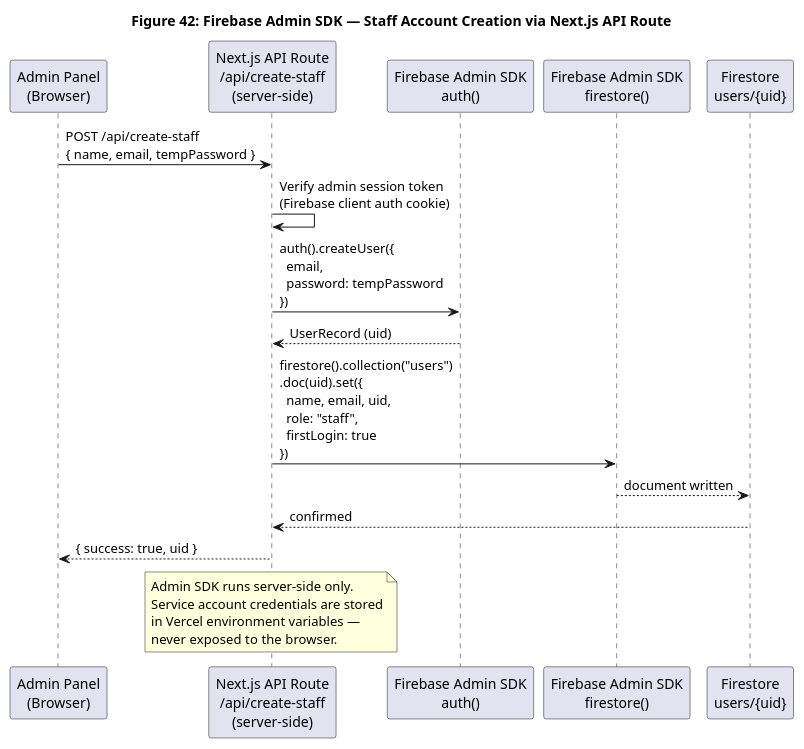
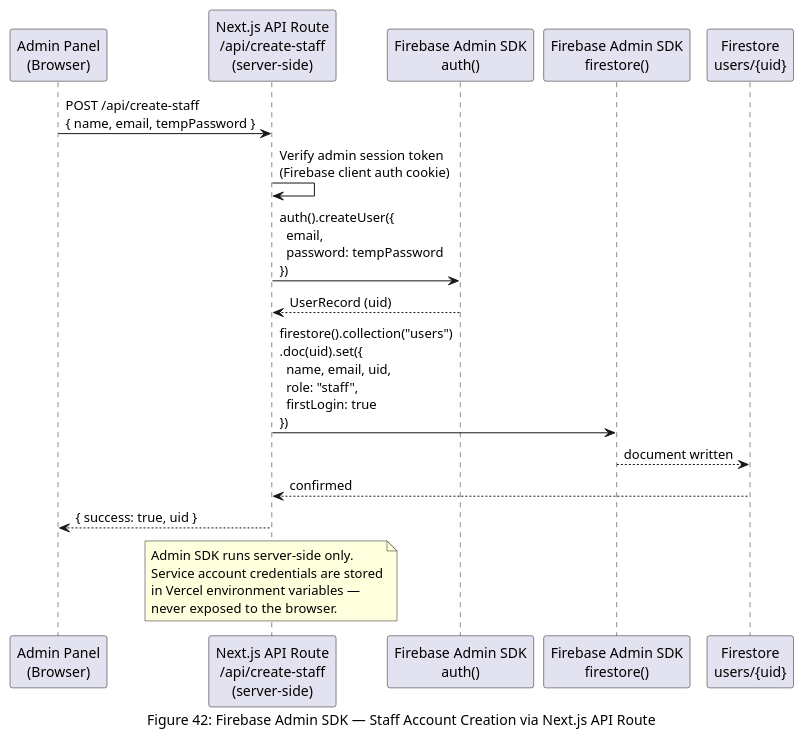
One commit to Musyonchez/beni-2 changed diagram 12 of 12 in pdf-source/figures/ch-6.md. Above: the diagram before and after it, drawn with PlantUML. The commit also changed other lines of this file and 30 other files, not shown here.

First line of the commit message:
chore: update figures, add generated PNGs, fix figure follow-up paragraphs

````diff
--- a/pdf-source/figures/ch-6.md
+++ b/pdf-source/figures/ch-6.md
@@ -472,28 +472,28 @@
 ```plantuml
 @startuml Figure42_AdminSDKStaffCreation
 skinparam backgroundColor white
 skinparam defaultFontName Arial
-title Figure 42: Firebase Admin SDK — Staff Account Creation via Next.js API Route
+caption Figure 42: Firebase Admin SDK — Staff Account Creation via Next.js API Route
 
 participant "Admin Panel\n(Browser)" as BROWSER
 participant "Next.js API Route\n/api/create-staff\n(server-side)" as API
 participant "Firebase Admin SDK\nauth()" as ADMIN_AUTH
 participant "Firebase Admin SDK\nfirestore()" as ADMIN_FS
 participant "Firestore\nusers/{uid}" as FS
 
 BROWSER -> API : POST /api/create-staff\n{ name, email, tempPassword }
 API -> API : Verify admin session token\n(Firebase client auth cookie)
 API -> ADMIN_AUTH : auth().createUser({\n  email,\n  password: tempPassword\n})
 ADMIN_AUTH --> API : UserRecord (uid)
 API -> ADMIN_FS : firestore().collection("users")\n.doc(uid).set({\n  name, email, uid,\n  role: "staff",\n  firstLogin: true\n})
 ADMIN_FS --> FS : document written
 FS --> API : confirmed
 API --> BROWSER : { success: true, uid }
 note over API
   Admin SDK runs server-side only.
   Service account credentials are stored
   in Vercel environment variables —
   never exposed to the browser.
 end note
 @enduml
 ```
````
